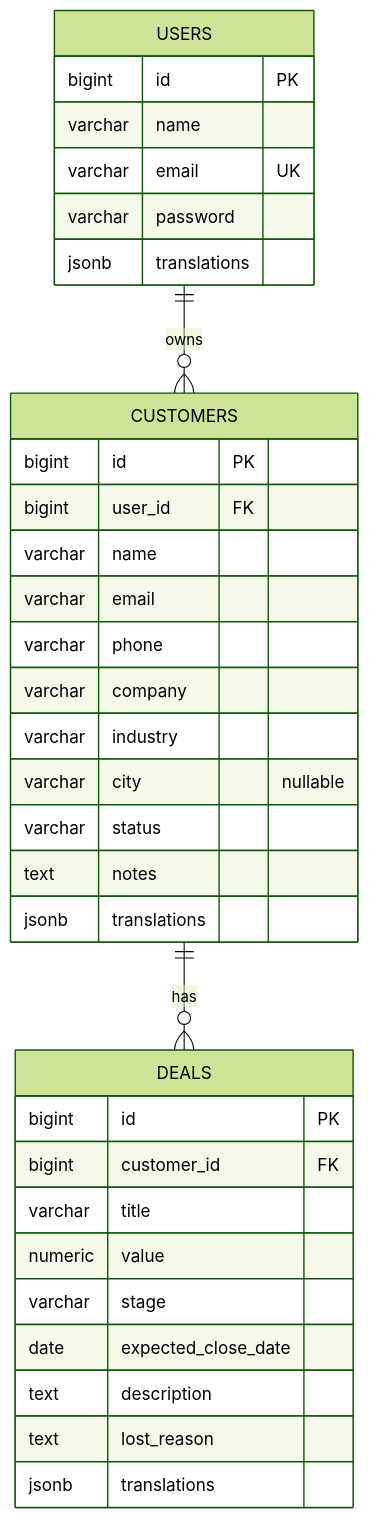
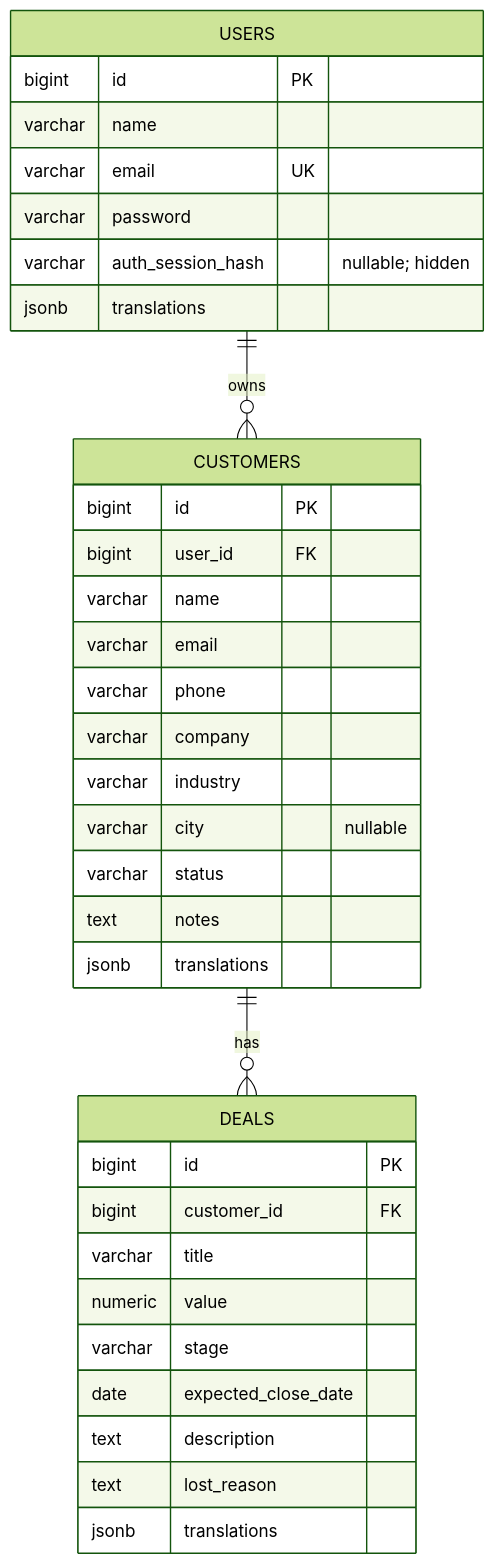
Before and after one commit to tamourax/CRMbackend: the second of 2 diagrams in docs/ARCHITECTURE.md, drawn with Mermaid (forest theme). The commit also changed other lines of this file and 10 other files, not shown here.

Commit message:
docs: complete project setup architecture and reviewer guides

````diff
--- a/docs/ARCHITECTURE.md
+++ b/docs/ARCHITECTURE.md
@@ -25,36 +27,37 @@
 ```mermaid
 erDiagram
     USERS ||--o{ CUSTOMERS : owns
     CUSTOMERS ||--o{ DEALS : has
     USERS {
         bigint id PK
         varchar name
         varchar email UK
         varchar password
+        varchar auth_session_hash "nullable; hidden"
         jsonb translations
     }
     CUSTOMERS {
         bigint id PK
         bigint user_id FK
         varchar name
         varchar email
         varchar phone
         varchar company
         varchar industry
         varchar city "nullable"
         varchar status
         text notes
         jsonb translations
     }
     DEALS {
         bigint id PK
         bigint customer_id FK
         varchar title
         numeric value
         varchar stage
         date expected_close_date
         text description
         text lost_reason
         jsonb translations
     }
 ```
````
